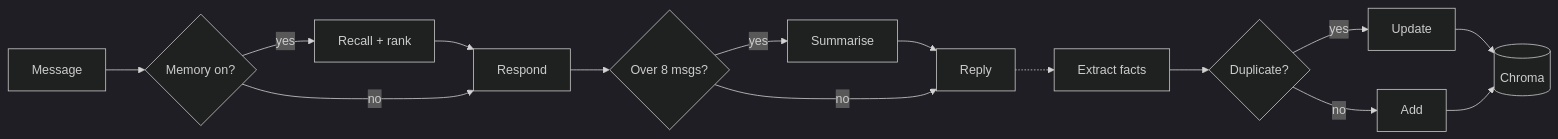
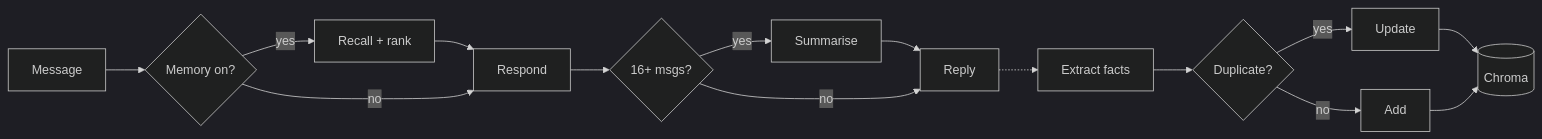
The second of 6 diagrams in PROJECT_REPORT.md (manjuv03/Personalized-AI-Assistant-with-Contextual-Recall), drawn with Mermaid (dark theme) before and after one commit. The commit also changed other lines of this file and 4 other files, not shown here.

````diff
--- a/PROJECT_REPORT.md
+++ b/PROJECT_REPORT.md
@@ -107,12 +107,12 @@
 ```mermaid
 flowchart LR
     A[Message] --> C{Memory on?}
     C -- yes --> D[Recall + rank] --> E[Respond]
     C -- no --> E
-    E --> F{"Over 8 msgs?"}
+    E --> F{"16+ msgs?"}
     F -- yes --> G[Summarise] --> H[Reply]
     F -- no --> H
     H -.-> I[Extract facts] --> J{Duplicate?}
     J -- yes --> K[Update] --> DB[(Chroma)]
     J -- no --> L[Add] --> DB
 ```
````
